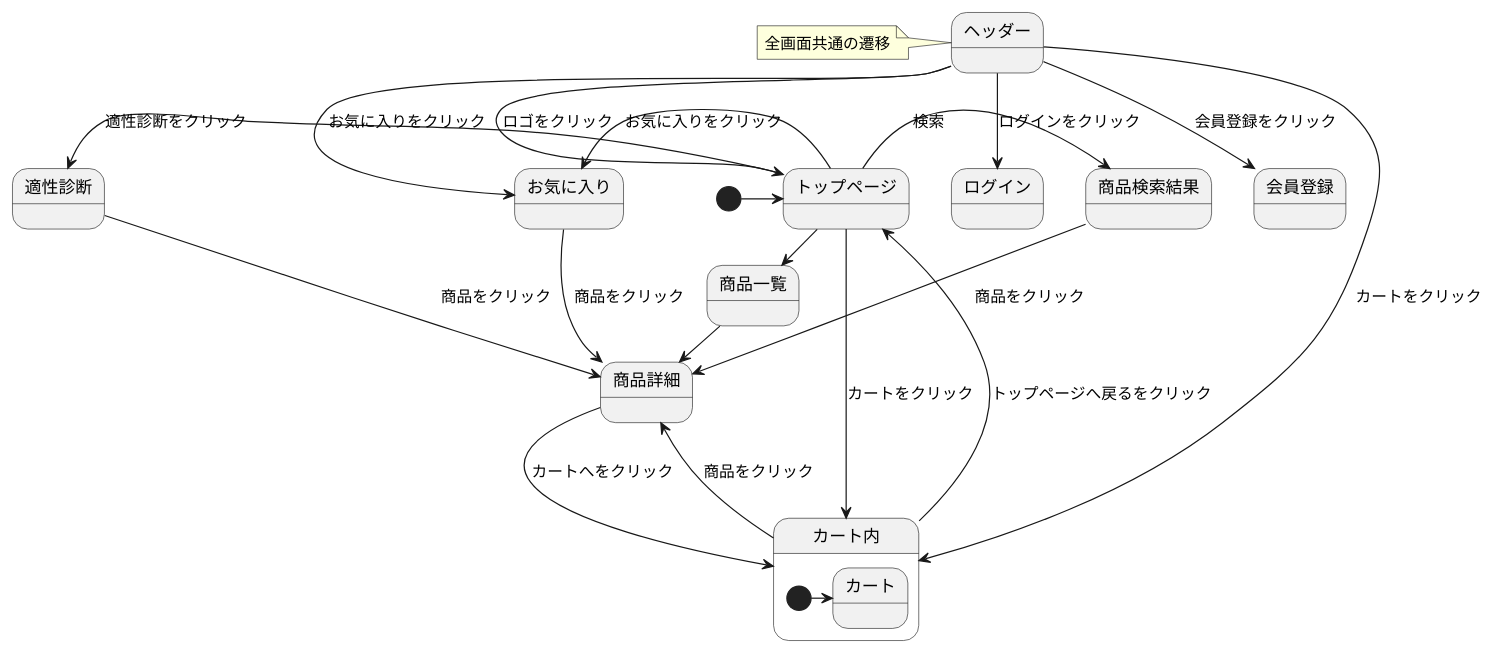
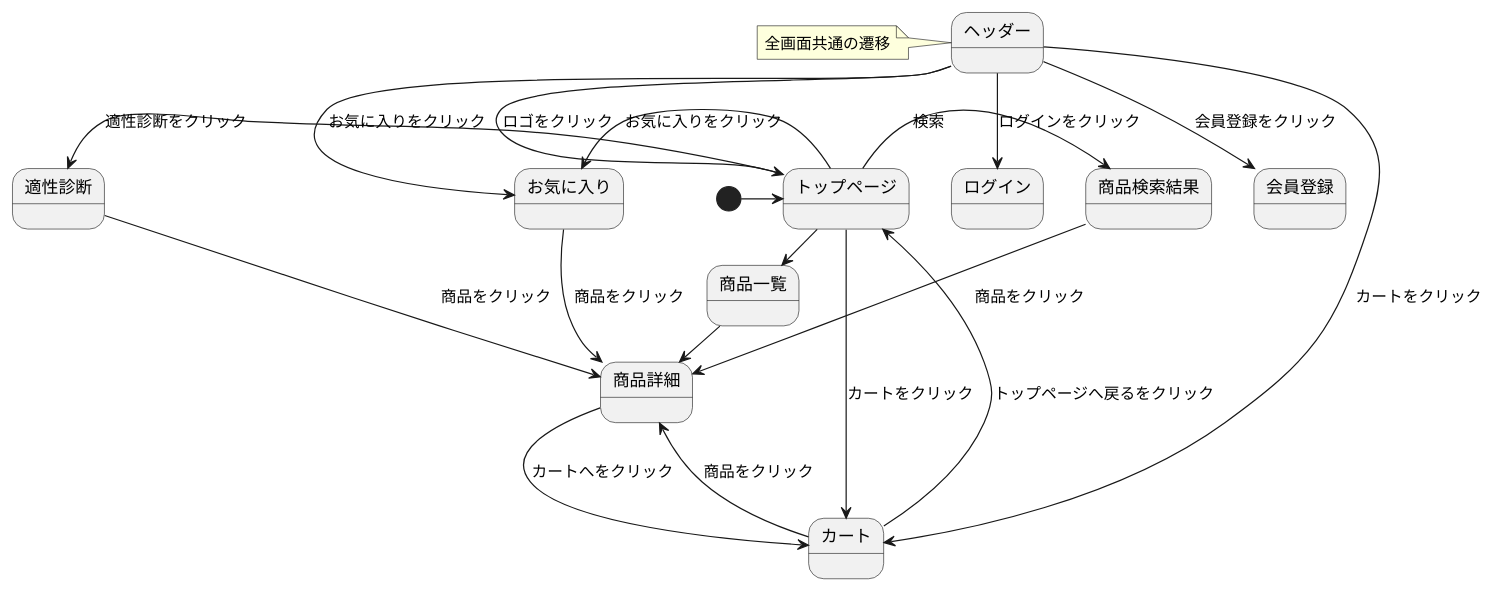
The diagram in 03_画面遷移図/stm_03.md (Aso2101122/coffeeEC), drawn with PlantUML before and after one commit.

````diff
--- a/03_画面遷移図/stm_03.md
+++ b/03_画面遷移図/stm_03.md
@@ -2,32 +2,28 @@
 ```uml
 @startuml
 [*]->トップページ
 トップページ->商品検索結果: 検索
 トップページ-right->商品一覧: 商品一覧をクリック
 商品一覧->商品詳細: 商品をクリック
 商品検索結果-down->商品詳細: 商品をクリック
-商品詳細-->カート内: カートへをクリック
+商品詳細-->カート: カートへをクリック
 トップページ-left->お気に入り: お気に入りをクリック
 お気に入り->商品詳細: 商品をクリック
 トップページ-left->適性診断: 適性診断をクリック
 適性診断->商品詳細: 商品をクリック
-トップページ-->カート内: カートをクリック
-カート内->トップページ: トップページへ戻るをクリック
-カート内->商品詳細: 商品をクリック
-
-state カート内{
-[*]->カート
-}
+トップページ-->カート: カートをクリック
+カート->トップページ: トップページへ戻るをクリック
+カート->商品詳細: 商品をクリック
 
 state ヘッダー{
 }
 note left of ヘッダー: 全画面共通の遷移
 
 
 ヘッダー-down->トップページ: ロゴをクリック
 ヘッダー-down->ログイン: ログインをクリック
 ヘッダー-down->会員登録: 会員登録をクリック
 ヘッダー-down->お気に入り: お気に入りをクリック
-ヘッダー-down->カート内: カートをクリック
+ヘッダー-down->カート: カートをクリック
 @enduml
 ```
````
